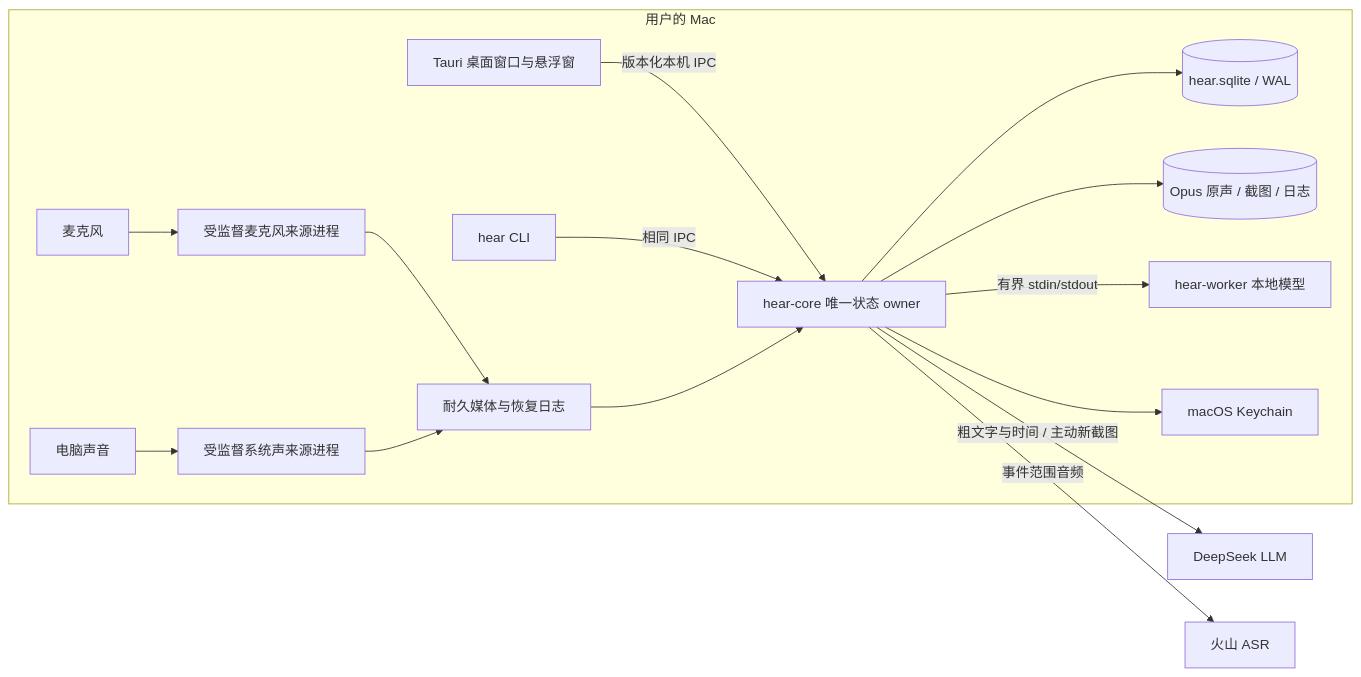
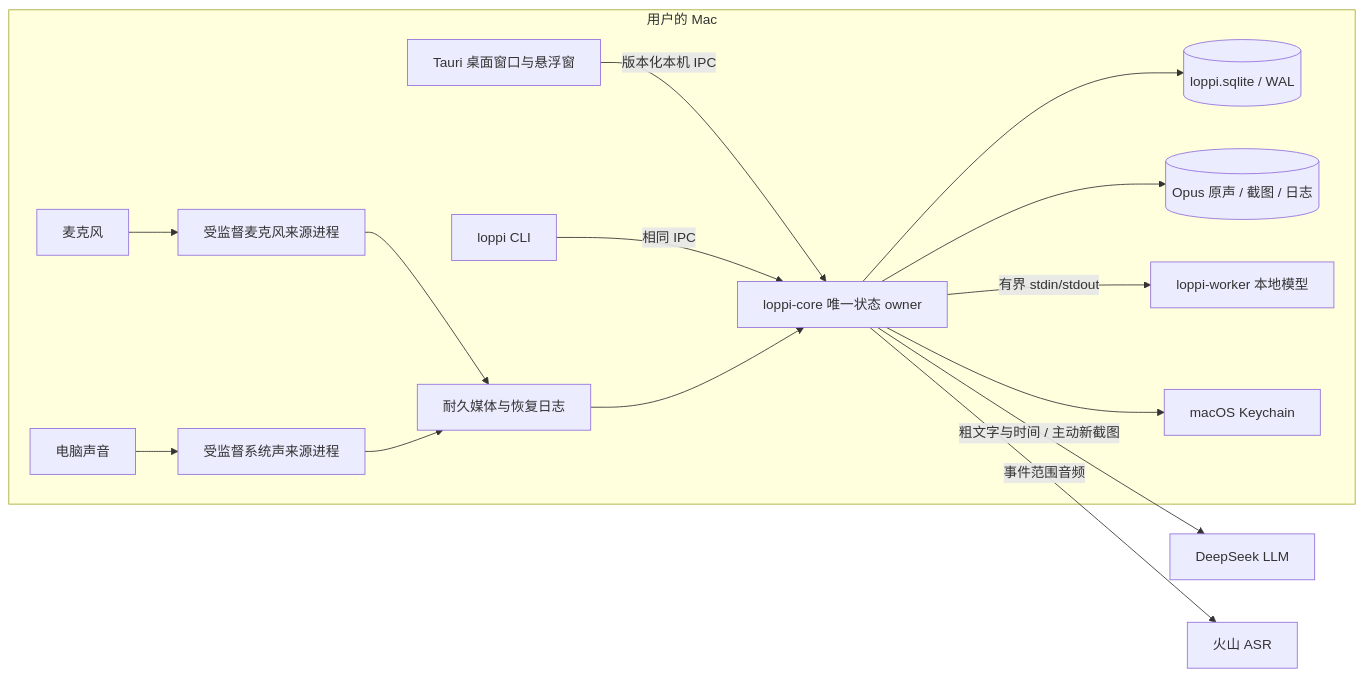
Before and after one commit to hAcKlyc/loppi: the first of 2 diagrams in specs/ARCHITECTURE.md, drawn with Mermaid. The commit also changed other lines of this file and 332 other files, not shown here.

````diff
--- a/specs/ARCHITECTURE.md
+++ b/specs/ARCHITECTURE.md
@@ -7,18 +7,18 @@
 ```mermaid
 flowchart LR
   subgraph Mac[用户的 Mac]
-    UI[Tauri 桌面窗口与悬浮窗] -->|版本化本机 IPC| Core[hear-core 唯一状态 owner]
-    CLI[hear CLI] -->|相同 IPC| Core
+    UI[Tauri 桌面窗口与悬浮窗] -->|版本化本机 IPC| Core[loppi-core 唯一状态 owner]
+    CLI[loppi CLI] -->|相同 IPC| Core
     MIC[麦克风] --> CaptureMic[受监督麦克风来源进程]
     SYS[电脑声音] --> CaptureSys[受监督系统声来源进程]
     CaptureMic --> Journal[耐久媒体与恢复日志]
     CaptureSys --> Journal
     Journal --> Core
-    Core --> DB[(hear.sqlite / WAL)]
+    Core --> DB[(loppi.sqlite / WAL)]
     Core --> Files[(Opus 原声 / 截图 / 日志)]
-    Core -->|有界 stdin/stdout| Worker[hear-worker 本地模型]
+    Core -->|有界 stdin/stdout| Worker[loppi-worker 本地模型]
     Core --> KC[macOS Keychain]
   end
   Core -->|粗文字与时间 / 主动新截图| LLM[DeepSeek LLM]
   Core -->|事件范围音频| ASR[火山 ASR]
 ```
````
